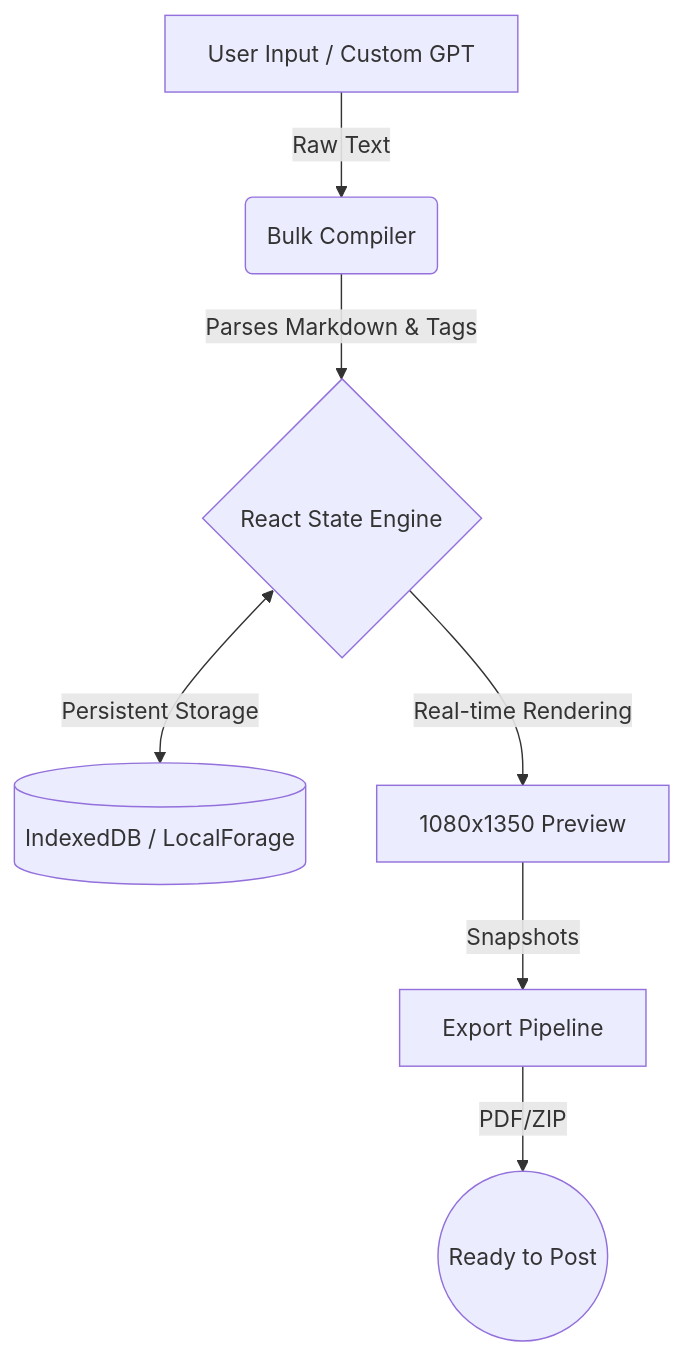
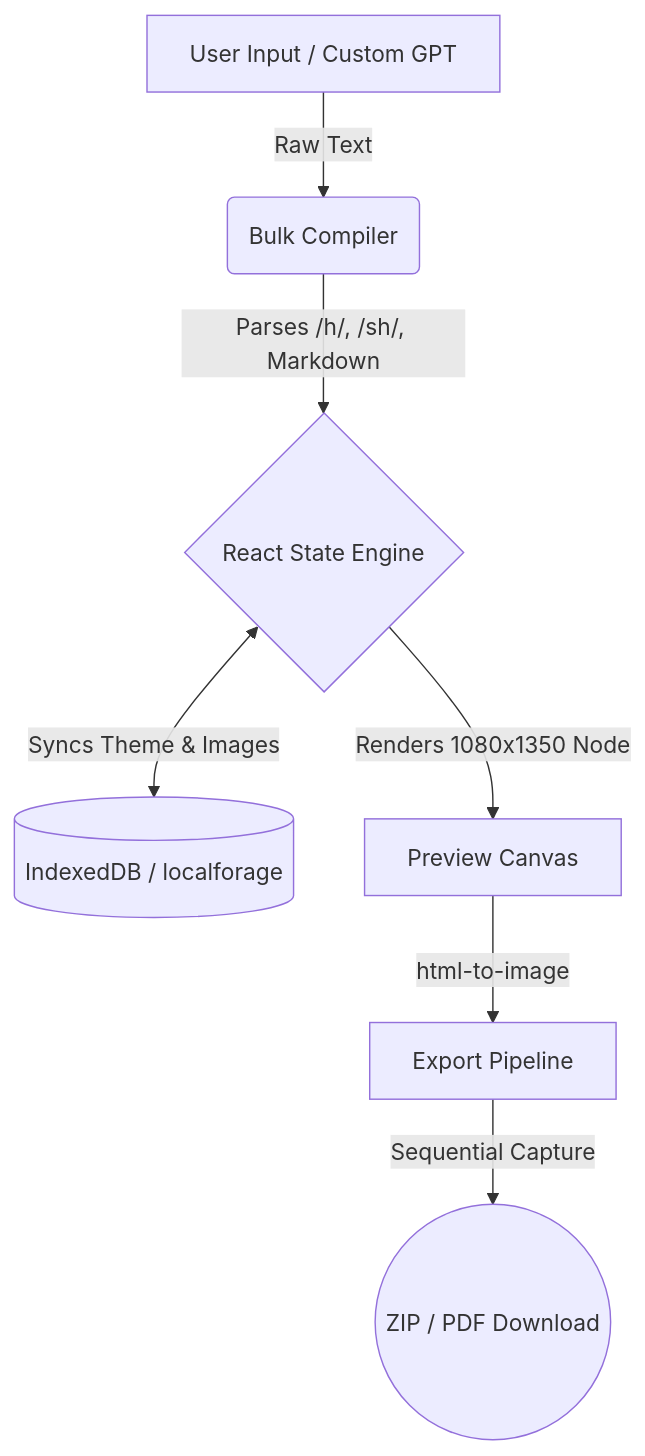
One commit to Shezan-op/Carousel-Creator changed the diagram in README.md. Above: the diagram before and after it, drawn with Mermaid. The commit also changed other lines of this file and 3 other files, not shown here.

````diff
--- a/README.md
+++ b/README.md
@@ -42,9 +16,9 @@
 ```mermaid
 graph TD
     A[User Input / Custom GPT] -->|Raw Text| B(Bulk Compiler)
-    B -->|Parses Markdown & Tags| C{React State Engine}
-    C <-->|Persistent Storage| D[(IndexedDB / LocalForage)]
-    C -->|Real-time Rendering| E[1080x1350 Preview]
-    E -->|Snapshots| F[Export Pipeline]
-    F -->|PDF/ZIP| G((Ready to Post))
+    B -->|Parses /h/, /sh/, Markdown| C{React State Engine}
+    C <-->|Syncs Theme & Images| D[(IndexedDB / localforage)]
+    C -->|Renders 1080x1350 Node| E[Preview Canvas]
+    E -->|html-to-image| F[Export Pipeline]
+    F -->|Sequential Capture| G((ZIP / PDF Download))
 ```
````
